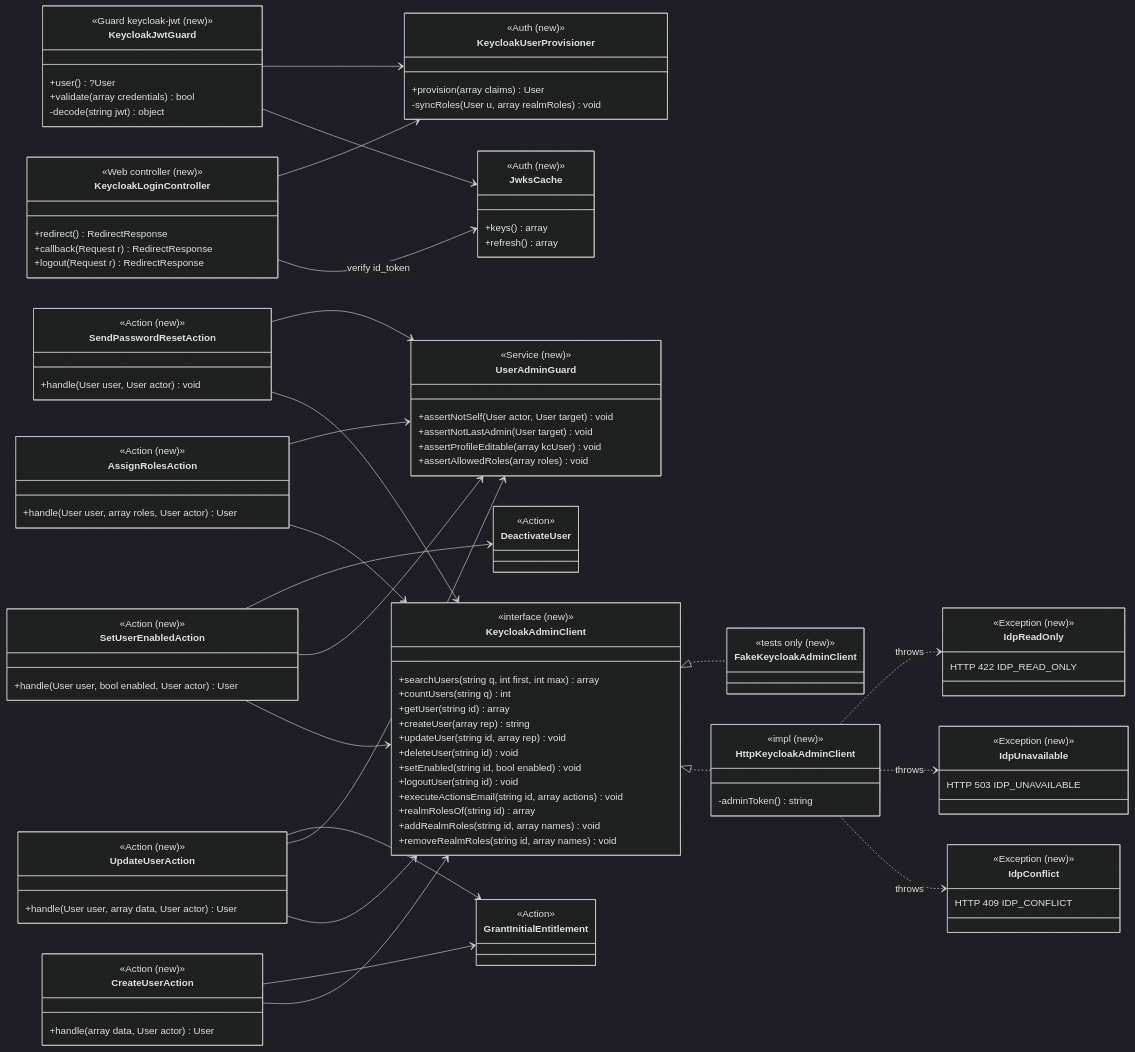
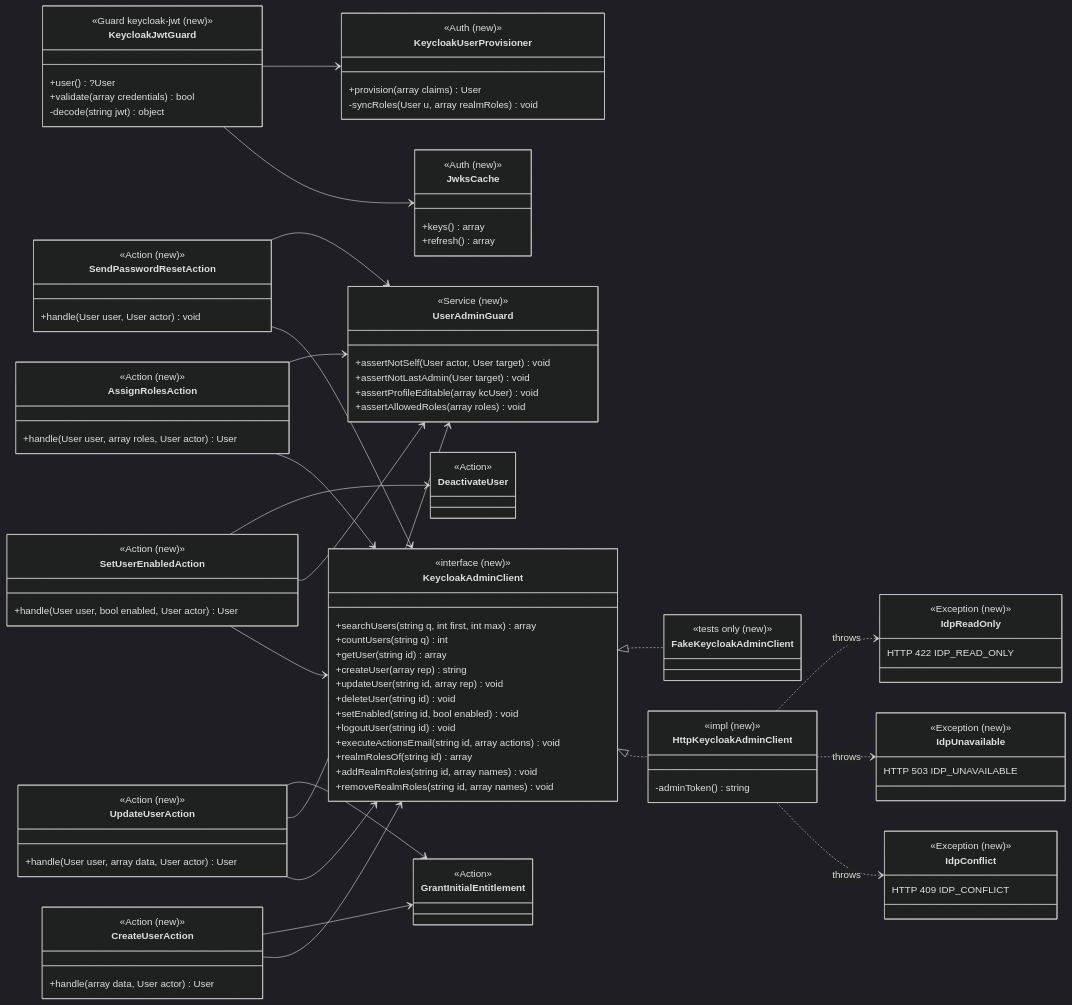
One commit to heyadityak/lms changed the third of 4 diagrams in docs/diagrams/03-class-diagram.md. Above: the diagram before and after it, drawn with Mermaid (dark theme). The commit also changed other lines of this file and 39 other files, not shown here.

```diff
--- a/docs/diagrams/03-class-diagram.md
+++ b/docs/diagrams/03-class-diagram.md
@@ -383,12 +383,6 @@
 classDiagram
     direction LR
 
-    class KeycloakLoginController {
-        <<Web controller (new)>>
-        +redirect() RedirectResponse
-        +callback(Request r) RedirectResponse
-        +logout(Request r) RedirectResponse
-    }
     class KeycloakJwtGuard {
         <<Guard keycloak-jwt (new)>>
         +user() ?User
@@ -469,8 +463,6 @@
         HTTP 422 IDP_READ_ONLY
     }
 
-    KeycloakLoginController --> JwksCache : verify id_token
-    KeycloakLoginController --> KeycloakUserProvisioner
     KeycloakJwtGuard --> JwksCache
     KeycloakJwtGuard --> KeycloakUserProvisioner
     KeycloakAdminClient <|.. HttpKeycloakAdminClient
```
